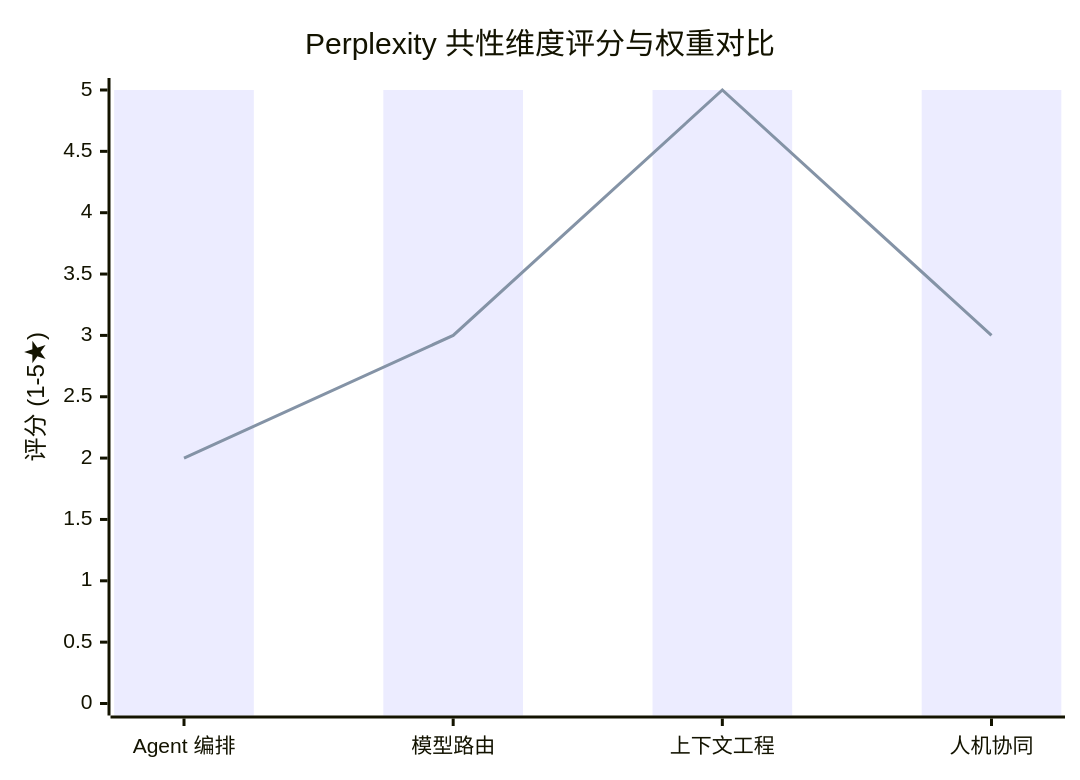
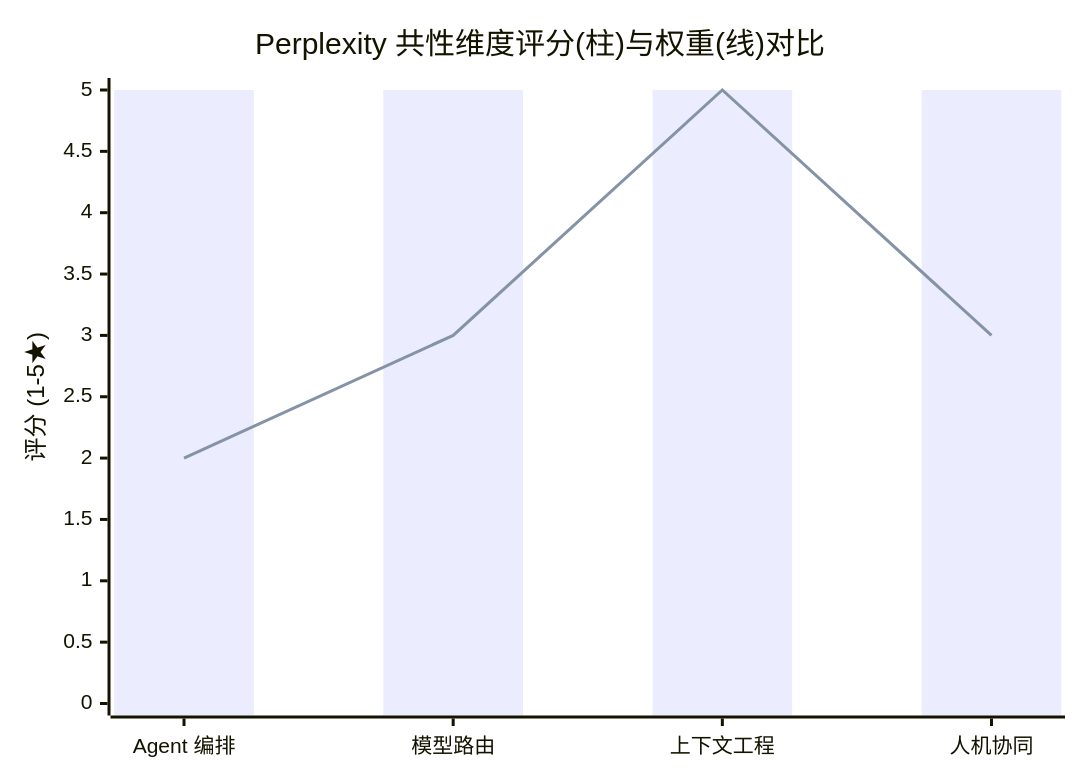
The third of 6 diagrams in reports/perplexity.md (az1615962561-crypto/ai-harness-analyzer), drawn with Mermaid before and after one commit. The commit also changed other lines of this file and 21 other files, not shown here.

Commit message:
Refine Mermaid strategy: selective high-signal charts for multi-dim & complex mechanisms only

````diff
--- a/reports/perplexity.md
+++ b/reports/perplexity.md
@@ -122,8 +111,8 @@
 ```mermaid
 xychart-beta
-    title "Perplexity 共性维度评分与权重对比"
+    title "Perplexity 共性维度评分(柱)与权重(线)对比"
     x-axis ["Agent 编排", "模型路由", "上下文工程", "人机协同"]
     y-axis "评分 (1-5★)" 0 --> 5
     bar [5, 5, 5, 5]
     line [2, 3, 5, 3]
 ```
````
